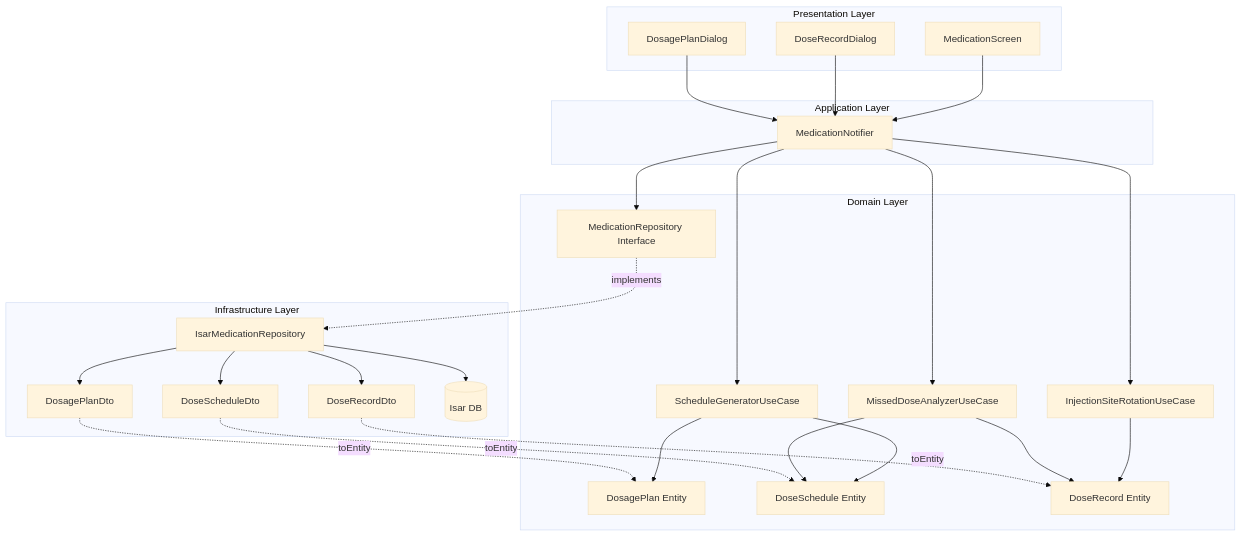
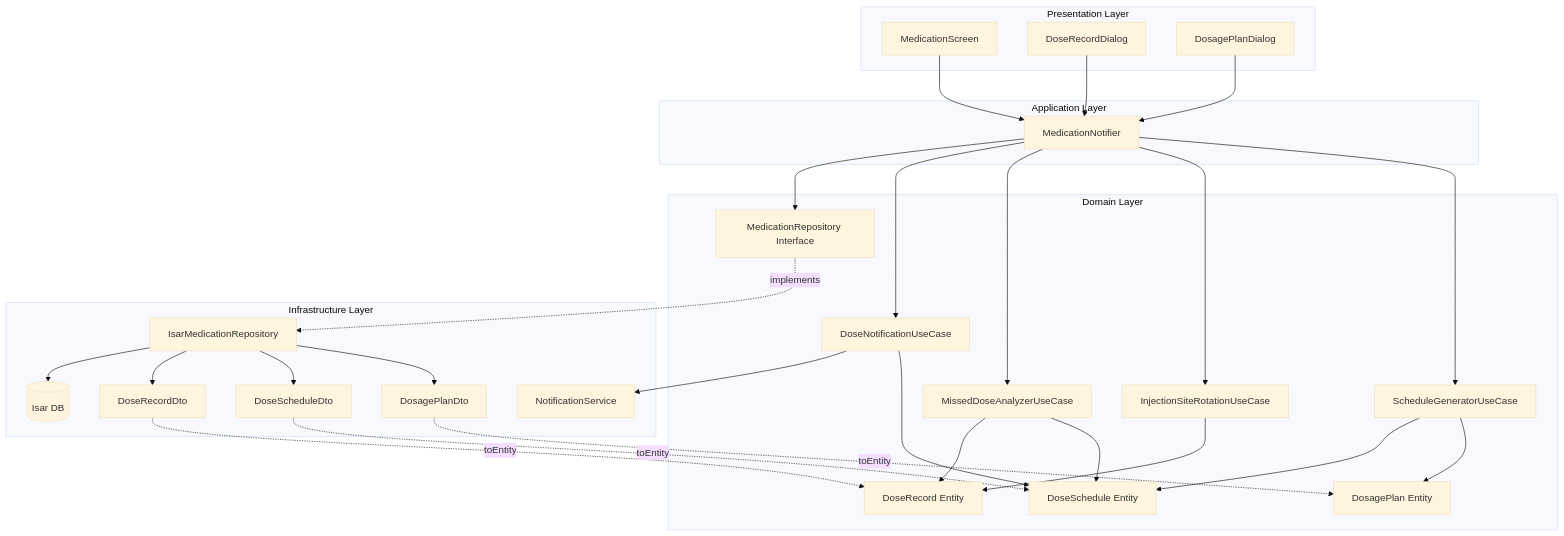
Before and after one commit to pcepyon/n06: the diagram in docs/003/plan.md, drawn with Mermaid (base theme). The commit also changed other lines of this file and 13 other files, not shown here.

````diff
--- a/docs/003/plan.md
+++ b/docs/003/plan.md
@@ -30,55 +33,60 @@
 ```mermaid
 graph TB
     subgraph Presentation Layer
         MS[MedicationScreen]
         DRD[DoseRecordDialog]
         DPD[DosagePlanDialog]
     end
 
     subgraph Application Layer
         MN[MedicationNotifier]
     end
 
     subgraph Domain Layer
         DP[DosagePlan Entity]
         DS[DoseSchedule Entity]
         DR[DoseRecord Entity]
         SGU[ScheduleGeneratorUseCase]
         ISRU[InjectionSiteRotationUseCase]
         MDAU[MissedDoseAnalyzerUseCase]
+        DNU[DoseNotificationUseCase]
         MRI[MedicationRepository Interface]
     end
 
     subgraph Infrastructure Layer
         IMR[IsarMedicationRepository]
+        NS[NotificationService]
         DPDto[DosagePlanDto]
         DSDto[DoseScheduleDto]
         DRDto[DoseRecordDto]
         Isar[(Isar DB)]
     end
 
     MS --> MN
     DRD --> MN
     DPD --> MN
 
     MN --> SGU
     MN --> ISRU
     MN --> MDAU
+    MN --> DNU
     MN --> MRI
 
     SGU --> DP
     SGU --> DS
     ISRU --> DR
     MDAU --> DS
     MDAU --> DR
+    DNU --> DS
+    DNU --> NS
 
     MRI -.implements.-> IMR
     IMR --> DPDto
     IMR --> DSDto
     IMR --> DRDto
     IMR --> Isar
 
     DPDto -.toEntity.-> DP
     DSDto -.toEntity.-> DS
     DRDto -.toEntity.-> DR
 ```
````
